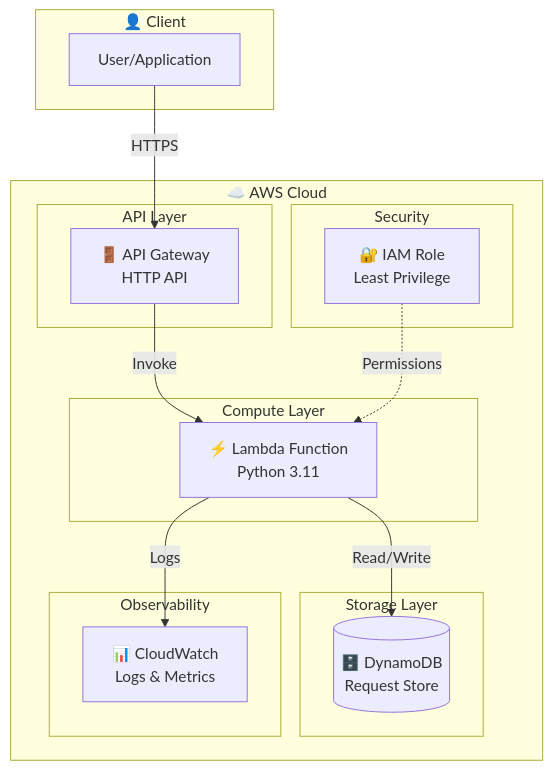
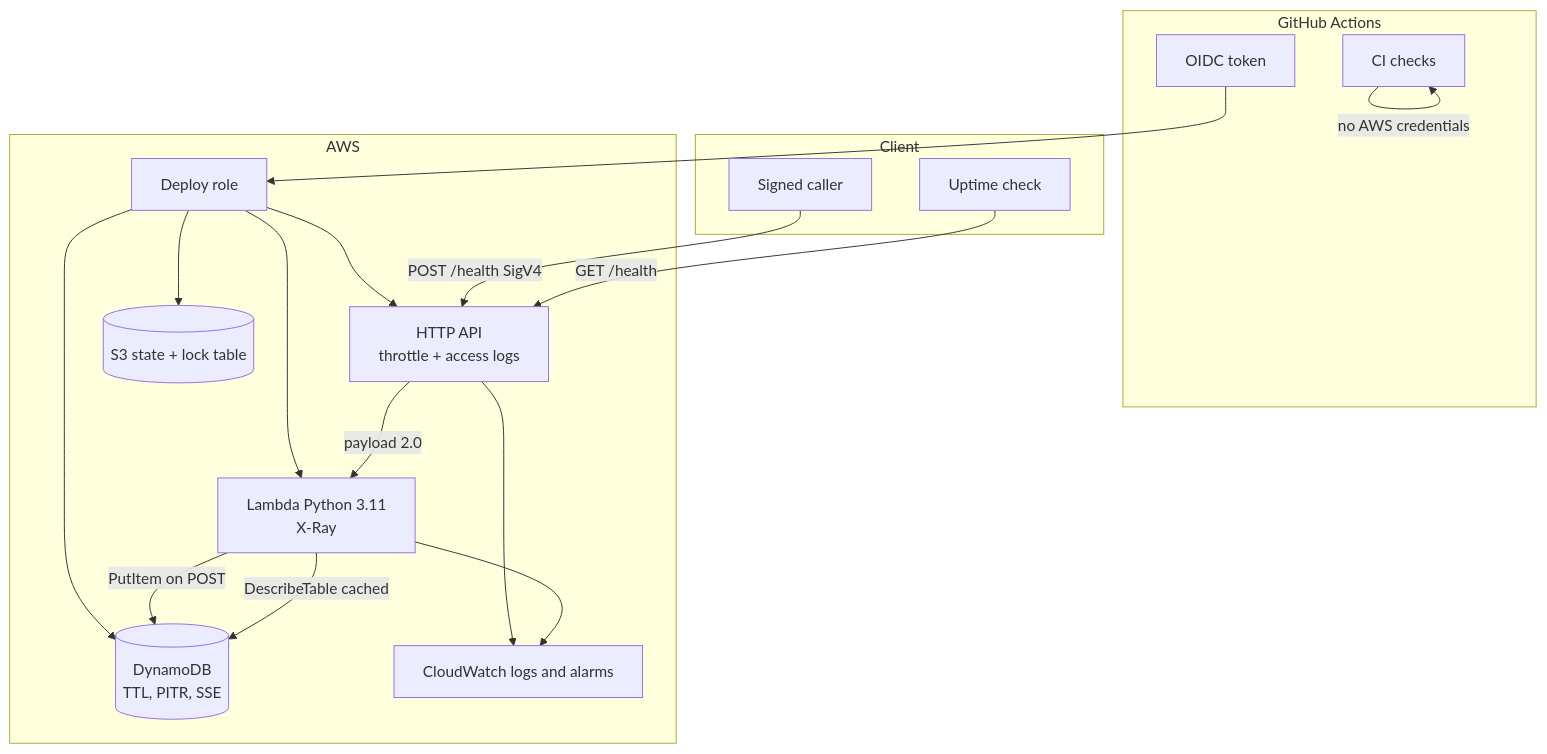
The first of 3 diagrams in README.md (lloredia/serverless-health-check), drawn with Mermaid before and after one commit. The commit also changed other lines of this file and 37 other files, not shown here.

First line of the commit message:
Harden the health check API for a DevSecOps portfolio.

````diff
--- a/README.md
+++ b/README.md
@@ -81,34 +86,35 @@
 ```mermaid
 flowchart TB
-    subgraph Client["👤 Client"]
-        User[User/Application]
+    subgraph Client["Client"]
+        Monitor[Uptime check]
+        Writer[Signed caller]
     end
 
-    subgraph AWS["☁️ AWS Cloud"]
-        subgraph APILayer["API Layer"]
-            APIGW[🚪 API Gateway\nHTTP API]
-        end
-
-        subgraph Compute["Compute Layer"]
-            Lambda[⚡ Lambda Function\nPython 3.11]
-        end
-
-        subgraph Storage["Storage Layer"]
-            DDB[(🗄️ DynamoDB\nRequest Store)]
-        end
-
-        subgraph Monitoring["Observability"]
-            CW[📊 CloudWatch\nLogs & Metrics]
-        end
-
-        subgraph Security["Security"]
-            IAM[🔐 IAM Role\nLeast Privilege]
-        end
+    subgraph GH["GitHub Actions"]
+        CI[CI checks]
+        OIDC[OIDC token]
     end
 
-    User -->|HTTPS| APIGW
-    APIGW -->|Invoke| Lambda
-    Lambda -->|Read/Write| DDB
-    Lambda -->|Logs| CW
-    IAM -.->|Permissions| Lambda
+    subgraph AWS["AWS"]
+        Role[Deploy role]
+        APIGW[HTTP API<br/>throttle + access logs]
+        Lambda[Lambda Python 3.11<br/>X-Ray]
+        DDB[(DynamoDB<br/>TTL, PITR, SSE)]
+        CW[CloudWatch logs and alarms]
+        State[(S3 state + lock table)]
+    end
+
+    Monitor -->|GET /health| APIGW
+    Writer -->|POST /health SigV4| APIGW
+    APIGW -->|payload 2.0| Lambda
+    Lambda -->|DescribeTable cached| DDB
+    Lambda -->|PutItem on POST| DDB
+    Lambda --> CW
+    APIGW --> CW
+    CI -->|no AWS credentials| CI
+    OIDC --> Role
+    Role --> State
+    Role --> APIGW
+    Role --> Lambda
+    Role --> DDB
 ```
````
